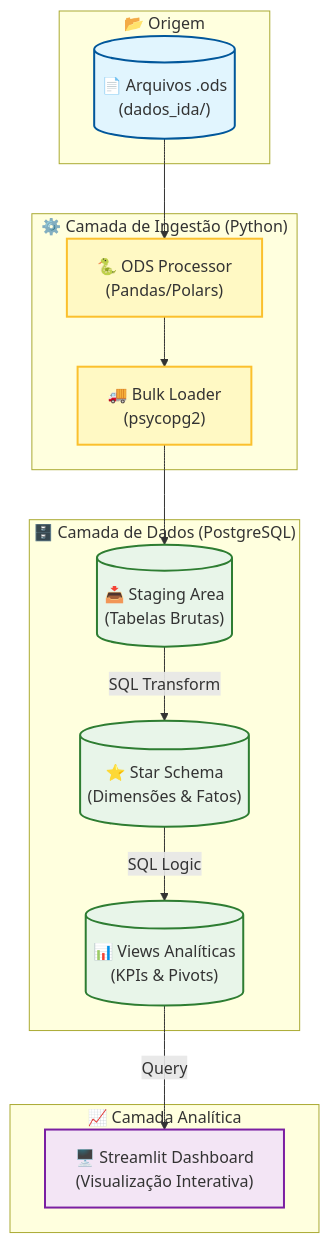
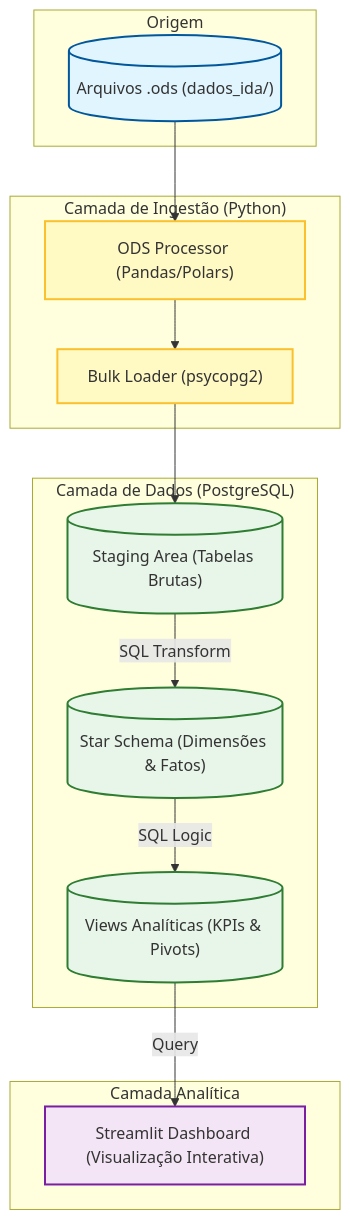
One commit to euvanessa-prado/beanalytic_case_ida_anatel changed the diagram in README.md. Above: the diagram before and after it, drawn with Mermaid. The commit also changed other lines of this file, not shown here.

Commit message:
docs: remover ícones do README e simplificar o diagrama Mermaid

````diff
--- a/README.md
+++ b/README.md
@@ -13,39 +13,39 @@
 ```mermaid
 graph TD
     %% Styles
     classDef source fill:#e1f5fe,stroke:#01579b,stroke-width:2px;
     classDef process fill:#fff9c4,stroke:#fbc02d,stroke-width:2px;
     classDef db fill:#e8f5e9,stroke:#2e7d32,stroke-width:2px;
     classDef viz fill:#f3e5f5,stroke:#7b1fa2,stroke-width:2px;
 
     %% Source
-    subgraph Origem ["📂 Origem"]
-        ODS[("📄 Arquivos .ods<br/>(dados_ida/)")]:::source
+    subgraph Origem ["Origem"]
+        ODS[("Arquivos .ods (dados_ida/)")]:::source
     end
 
     %% Ingestion Layer
-    subgraph Ingestao ["⚙️ Camada de Ingestão (Python)"]
-        Processor["🐍 ODS Processor<br/>(Pandas/Polars)"]:::process
-        Loader["🚚 Bulk Loader<br/>(psycopg2)"]:::process
+    subgraph Ingestao ["Camada de Ingestão (Python)"]
+        Processor["ODS Processor (Pandas/Polars)"]:::process
+        Loader["Bulk Loader (psycopg2)"]:::process
     end
 
     %% Data Layer
-    subgraph Dados ["🗄️ Camada de Dados (PostgreSQL)"]
-        Staging[("📥 Staging Area<br/>(Tabelas Brutas)")]:::db
-        StarSchema[("⭐ Star Schema<br/>(Dimensões & Fatos)")]:::db
-        Views[("📊 Views Analíticas<br/>(KPIs & Pivots)")]:::db
+    subgraph Dados ["Camada de Dados (PostgreSQL)"]
+        Staging[("Staging Area (Tabelas Brutas)")]:::db
+        StarSchema[("Star Schema (Dimensões & Fatos)")]:::db
+        Views[("Views Analíticas (KPIs & Pivots)")]:::db
     end
 
     %% Analytics Layer
-    subgraph Analitico ["📈 Camada Analítica"]
-        Streamlit["🖥️ Streamlit Dashboard<br/>(Visualização Interativa)"]:::viz
+    subgraph Analitico ["Camada Analítica"]
+        Streamlit["Streamlit Dashboard (Visualização Interativa)"]:::viz
     end
 
     %% Relationships
     ODS --> Processor
     Processor --> Loader
     Loader --> Staging
     Staging -->|SQL Transform| StarSchema
     StarSchema -->|SQL Logic| Views
     Views -->|Query| Streamlit
 ```
````
